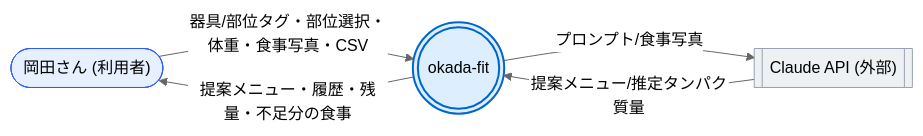
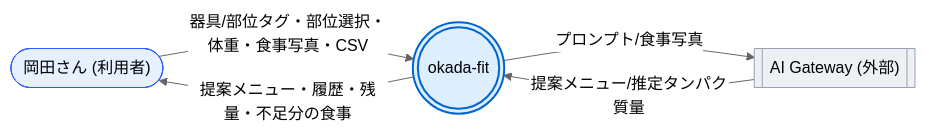
Before and after one commit to k-okada51/okada-fit: the first of 2 diagrams in docs/02_設計/10_システム基本設計/03_データフロー.md, drawn with Mermaid (neutral theme). The commit also changed other lines of this file and 10 other files, not shown here.

````diff
--- a/docs/02_設計/10_システム基本設計/03_データフロー.md
+++ b/docs/02_設計/10_システム基本設計/03_データフロー.md
@@ -30,16 +30,16 @@
 ```mermaid
 flowchart LR
   classDef biz fill:#e6f0ff,stroke:#2b5cff;
   classDef ext fill:#eef1f4,stroke:#98a2b3;
   classDef proc fill:#def,stroke:#06c,stroke-width:2px;
 
   USER(["岡田さん (利用者)"]):::biz
-  CLAUDE[["Claude API (外部)"]]:::ext
+  AIGW[["AI Gateway (外部)"]]:::ext
 
   P0((( okada-fit ))):::proc
 
   USER -->|器具/部位タグ・部位選択・体重・食事写真・CSV| P0
   P0 -->|提案メニュー・履歴・残量・不足分の食事| USER
-  P0 -->|プロンプト/食事写真| CLAUDE
-  CLAUDE -->|提案メニュー/推定タンパク質量| P0
+  P0 -->|プロンプト/食事写真| AIGW
+  AIGW -->|提案メニュー/推定タンパク質量| P0
 ```
````
